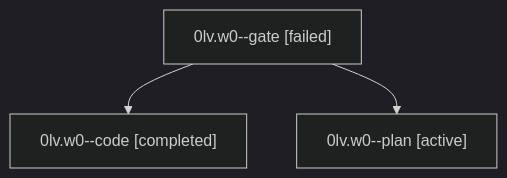
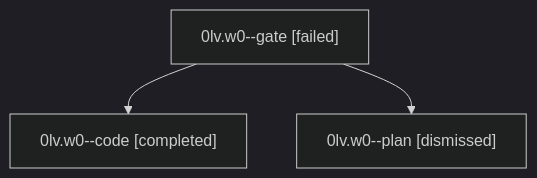
The diagram in sessions/bbugyi200.athena.0lv.w0.md (sase-org/sase--agents), drawn with Mermaid (dark theme) before and after one commit. The commit also changed other lines of this file and 42 other files, not shown here.

````diff
--- a/sessions/bbugyi200.athena.0lv.w0.md
+++ b/sessions/bbugyi200.athena.0lv.w0.md
@@ -9,8 +9,8 @@
 ```mermaid
 flowchart TD
   n0["0lv.w0--gate [failed]"]
   n1["0lv.w0--code [completed]"]
   n0 --> n1
-  n2["0lv.w0--plan [active]"]
+  n2["0lv.w0--plan [dismissed]"]
   n0 --> n2
 ```
````
